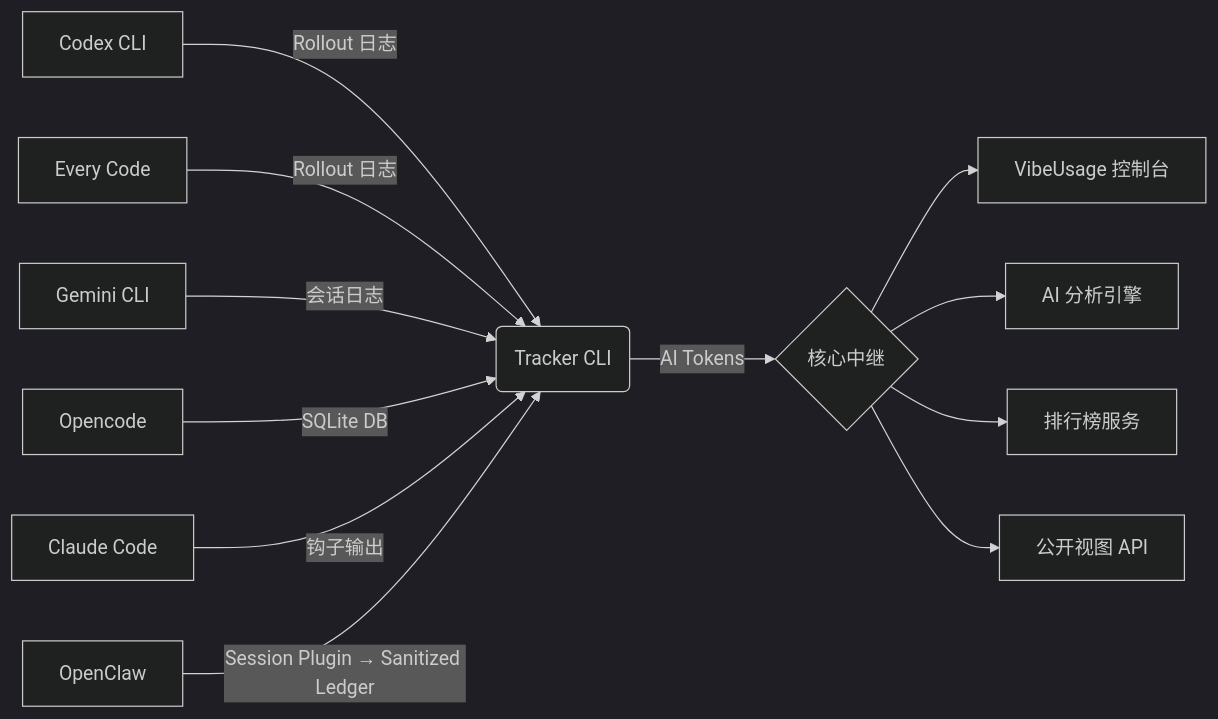
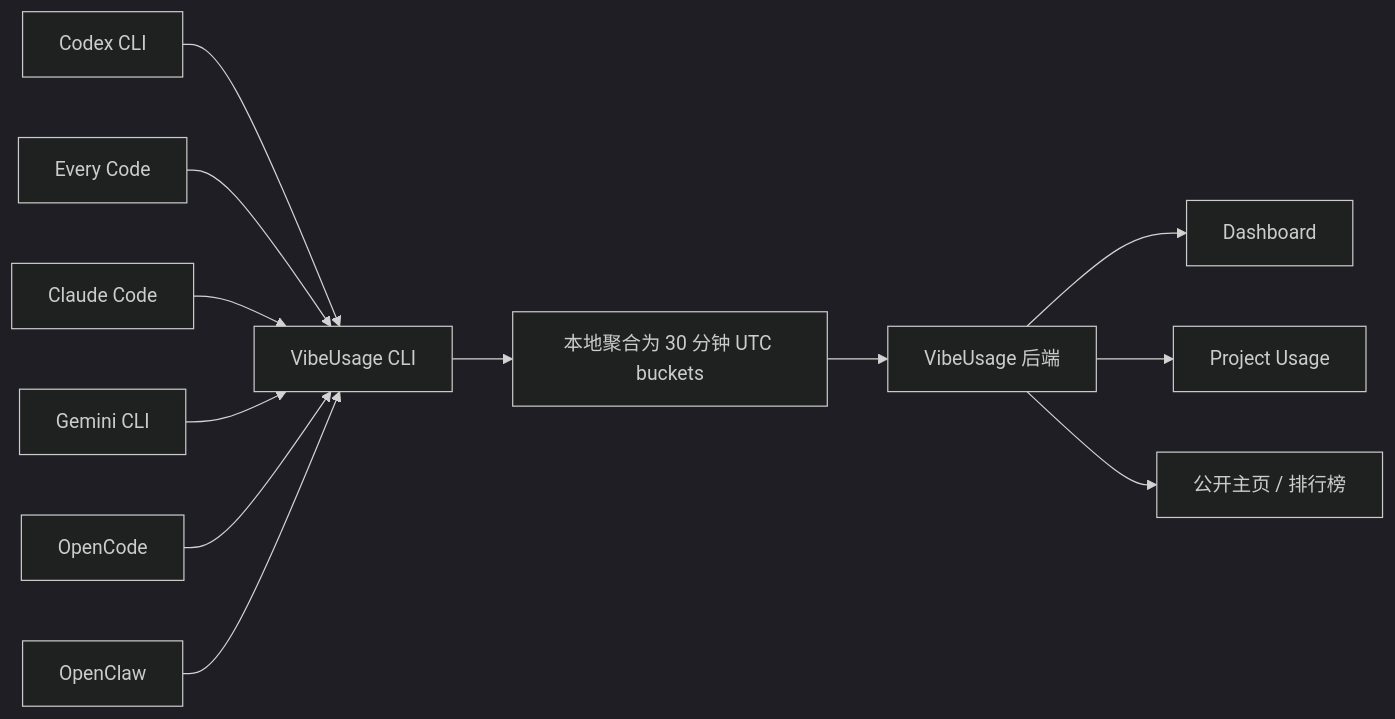
One commit to Acacia-Ma/vibeusage changed the diagram in README.zh-CN.md. Above: the diagram before and after it, drawn with Mermaid (dark theme). The commit also changed other lines of this file and 2 other files, not shown here.

````diff
--- a/README.zh-CN.md
+++ b/README.zh-CN.md
@@ -205,14 +136,14 @@
 ```mermaid
 graph LR
-    A[Codex CLI] -->|Rollout 日志| G(Tracker CLI)
-    B[Every Code] -->|Rollout 日志| G
-    C[Gemini CLI] -->|会话日志| G
-    D[Opencode] -->|SQLite DB| G
-    E[Claude Code] -->|钩子输出| G
-    F[OpenClaw] -->|Session Plugin → Sanitized Ledger| G
-    G -->|AI Tokens| H{核心中继}
-    H --> I[VibeUsage 控制台]
-    H --> J[AI 分析引擎]
-    H --> K[排行榜服务]
-    H --> L[公开视图 API]
+    A[Codex CLI] --> G[VibeUsage CLI]
+    B[Every Code] --> G
+    C[Claude Code] --> G
+    D[Gemini CLI] --> G
+    E[OpenCode] --> G
+    F[OpenClaw] --> G
+    G --> H[本地聚合为 30 分钟 UTC buckets]
+    H --> I[VibeUsage 后端]
+    I --> J[Dashboard]
+    I --> K[Project Usage]
+    I --> L[公开主页 / 排行榜]
 ```
````
